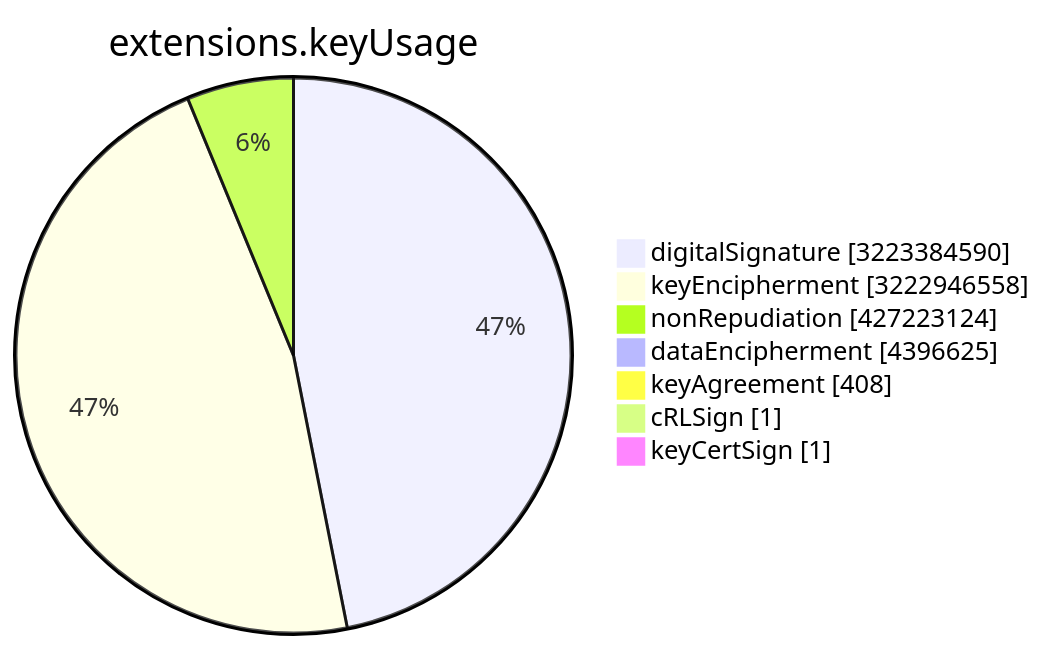
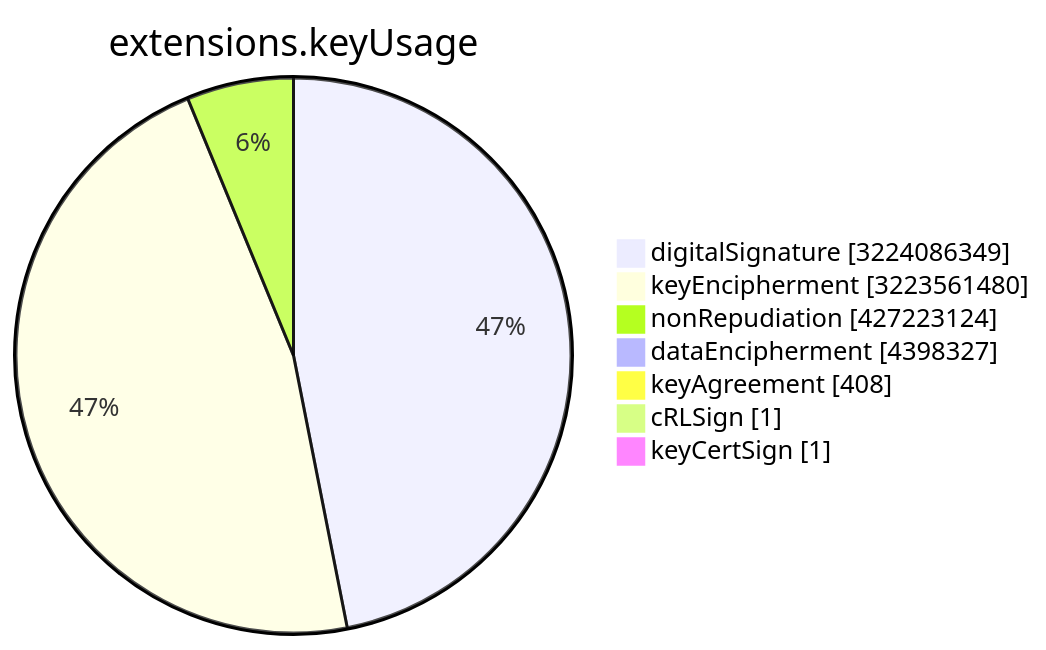
One commit to christiankrug/ctmonitor_visualization changed the sixth of 15 diagrams in TOTAL/README.md. Above: the diagram before and after it, drawn with Mermaid. The commit also changed other lines of this file, not shown here.

````diff
--- a/TOTAL/README.md
+++ b/TOTAL/README.md
@@ -3077,11 +3077,11 @@
 ```mermaid
 pie showData
 title extensions.keyUsage
-"digitalSignature" :3223384590
-"keyEncipherment" :3222946558
+"digitalSignature" :3224086349
+"keyEncipherment" :3223561480
 "nonRepudiation" :427223124
-"dataEncipherment" :4396625
+"dataEncipherment" :4398327
 "keyAgreement" :408
 "cRLSign" :1
 "keyCertSign" :1
 ```
````
